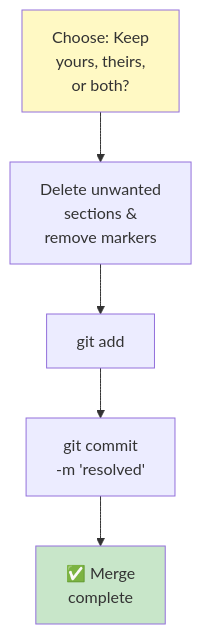
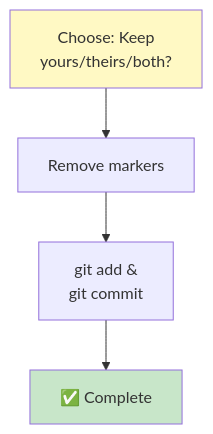
Before and after one commit to jopinor/intro_git_github: the sixth of 8 diagrams in slides/slide_module_4.qmd, drawn with Mermaid. The commit also changed 2 other files, not shown here.

Commit message:
condense Merge conflict resolution (Part 2) to fit on slide

````diff
--- a/slides/slide_module_4.qmd
+++ b/slides/slide_module_4.qmd
@@ -257,10 +257,9 @@
 ```{mermaid}
 graph TD
-    A["Choose: Keep<br/>yours, theirs,<br/>or both?"] --> B["Delete unwanted<br/>sections &<br/>remove markers"]
-    B --> C["git add"]
-    C --> D["git commit<br/>-m 'resolved'"]
-    D --> E["✅ Merge<br/>complete"]
+    A["Choose: Keep<br/>yours/theirs/both?"] --> B["Remove markers"]
+    B --> C["git add &<br/>git commit"]
+    C --> D["✅ Complete"]
     
     style A fill:#fff9c4
-    style E fill:#c8e6c9
+    style D fill:#c8e6c9
 ```
````
